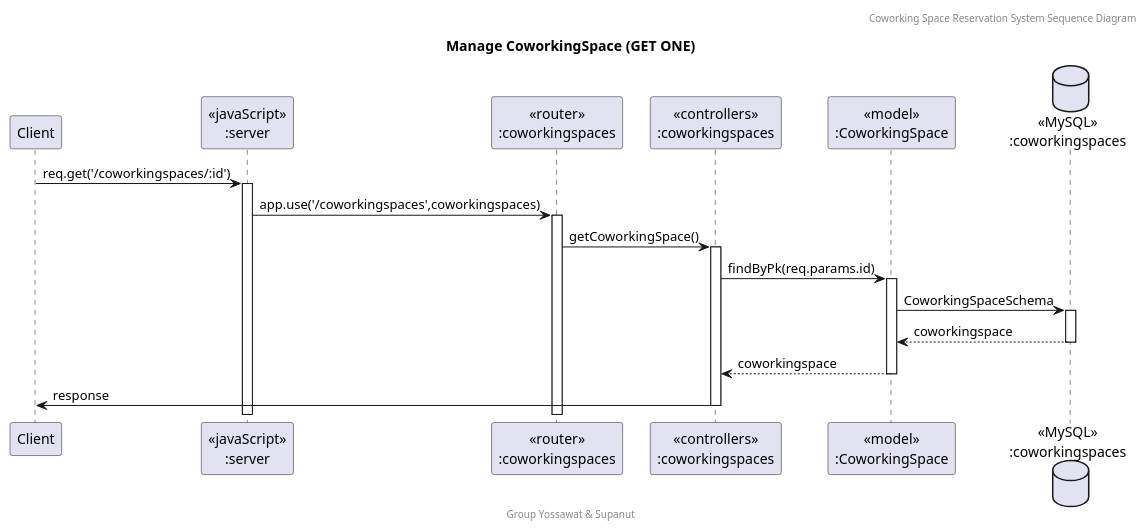
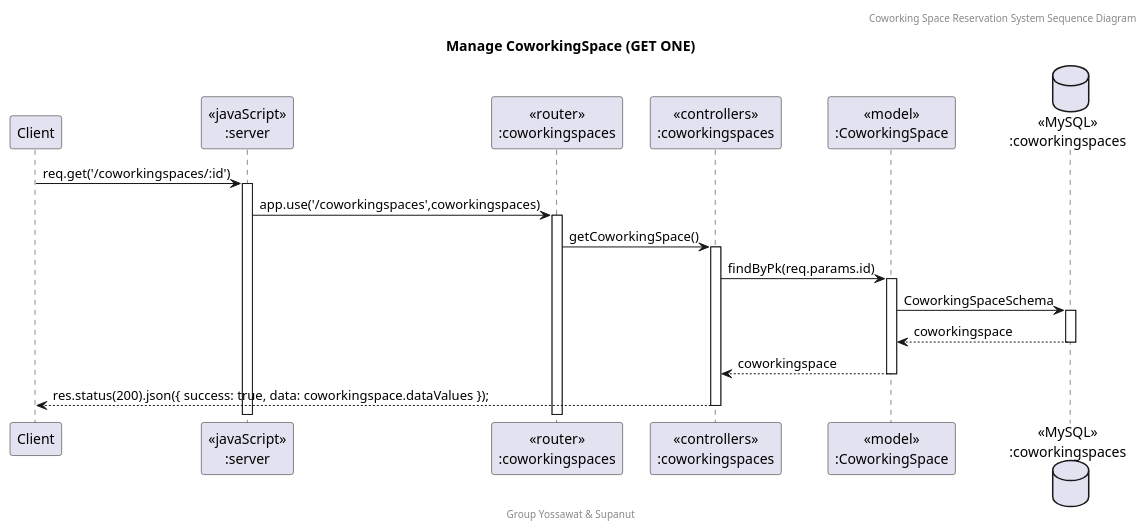
The diagram in doc/Sequence Diagram/puml/Co_Get_One.puml (SupanutT/sw-dev-prac-project), drawn with PlantUML before and after one commit. The commit also changed 8 other files, not shown here.

Commit message:
feat: sequence diagram (reservation)

```diff
--- a/doc/Sequence Diagram/puml/Co_Get_One.puml
+++ b/doc/Sequence Diagram/puml/Co_Get_One.puml
@@ -1,23 +1,23 @@
 @startuml Manage CoworkingSpace (GET ONE)
 
 header Coworking Space Reservation System Sequence Diagram
 footer Group Yossawat & Supanut
 title "Manage CoworkingSpace (GET ONE)"
 
 participant "Client" as client
 participant "<<javaScript>>\n:server" as server
 participant "<<router>>\n:coworkingspaces" as routerCoworkingSpaces
 participant "<<controllers>>\n:coworkingspaces" as controllersCoworkingSpaces
 participant "<<model>>\n:CoworkingSpace" as modelCoworkingSpace
 database "<<MySQL>>\n:coworkingspaces" as CoworkingSpacesDatabase
 
 client->server ++:req.get('/coworkingspaces/:id')
 server->routerCoworkingSpaces ++:app.use('/coworkingspaces',coworkingspaces)
 routerCoworkingSpaces -> controllersCoworkingSpaces ++:getCoworkingSpace()
 controllersCoworkingSpaces-> modelCoworkingSpace ++:findByPk(req.params.id)
 modelCoworkingSpace -> CoworkingSpacesDatabase ++: CoworkingSpaceSchema
 CoworkingSpacesDatabase --> modelCoworkingSpace --: coworkingspace
 controllersCoworkingSpaces <-- modelCoworkingSpace --:coworkingspace
-controllersCoworkingSpaces->client --:response
+controllersCoworkingSpaces-->client --:res.status(200).json({ success: true, data: coworkingspace.dataValues });
 
 @enduml
```
